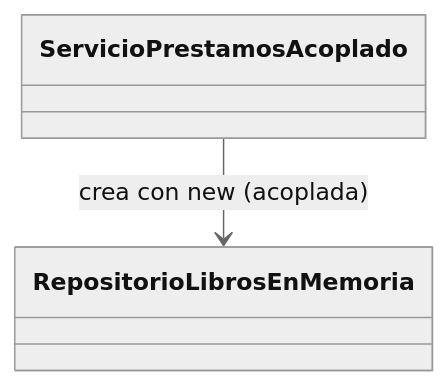
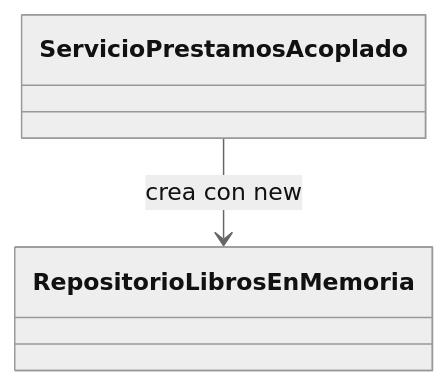
Before and after one commit to crodrigr/skill-spring-boot: the first of 2 diagrams in generador-cursos/curso-spring-boot/modulo-spring-boot-02/material/ejemplos/02-inyeccion-de-dependencias.md, drawn with Mermaid (neutral theme). The commit also changed other lines of this file, not shown here.

````diff
--- a/generador-cursos/curso-spring-boot/modulo-spring-boot-02/material/ejemplos/02-inyeccion-de-dependencias.md
+++ b/generador-cursos/curso-spring-boot/modulo-spring-boot-02/material/ejemplos/02-inyeccion-de-dependencias.md
@@ -85,6 +87,6 @@
 ```mermaid
 classDiagram
     class ServicioPrestamosAcoplado
     class RepositorioLibrosEnMemoria
-    ServicioPrestamosAcoplado --> RepositorioLibrosEnMemoria : crea con new (acoplada)
+    ServicioPrestamosAcoplado --> RepositorioLibrosEnMemoria : crea con new
 ```
````
